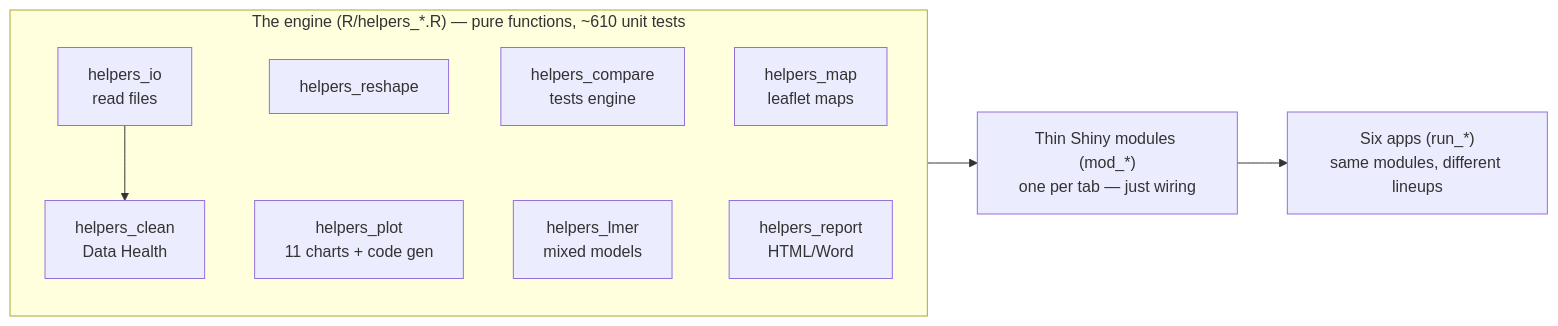
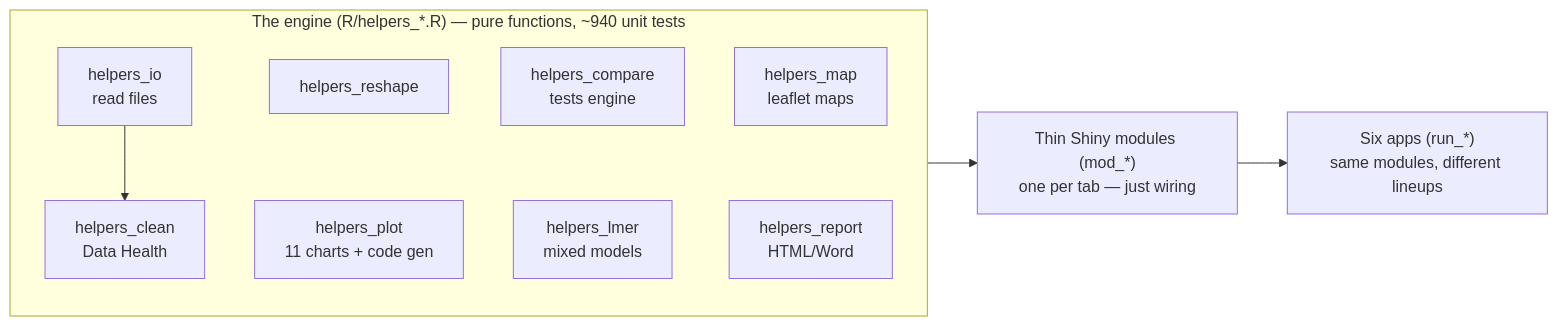
The first of 6 diagrams in STUDY_GUIDE.md (MichaelFox18/FoxPlots.dev), drawn with Mermaid before and after one commit. The commit also changed other lines of this file and 5 other files, not shown here.

````diff
--- a/STUDY_GUIDE.md
+++ b/STUDY_GUIDE.md
@@ -62,11 +68,11 @@
 ```mermaid
 flowchart LR
-    subgraph engine ["The engine (R/helpers_*.R) — pure functions, ~610 unit tests"]
+    subgraph engine ["The engine (R/helpers_*.R) — pure functions, ~940 unit tests"]
         H1[helpers_io<br/>read files] --> H2[helpers_clean<br/>Data Health]
         H3[helpers_reshape] ~~~ H4[helpers_plot<br/>11 charts + code gen]
         H5[helpers_compare<br/>tests engine] ~~~ H6[helpers_lmer<br/>mixed models]
         H7[helpers_map<br/>leaflet maps] ~~~ H8[helpers_report<br/>HTML/Word]
     end
     engine --> M["Thin Shiny modules (mod_*)<br/>one per tab — just wiring"]
     M --> A["Six apps (run_*)<br/>same modules, different lineups"]
 ```
````
